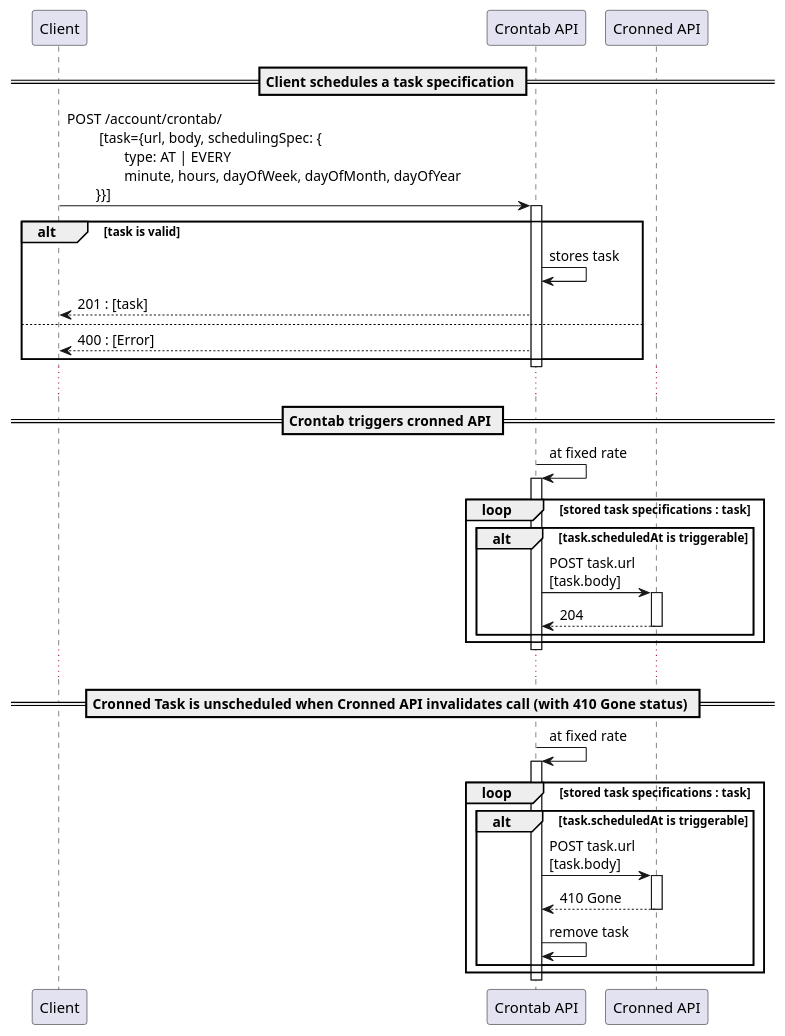
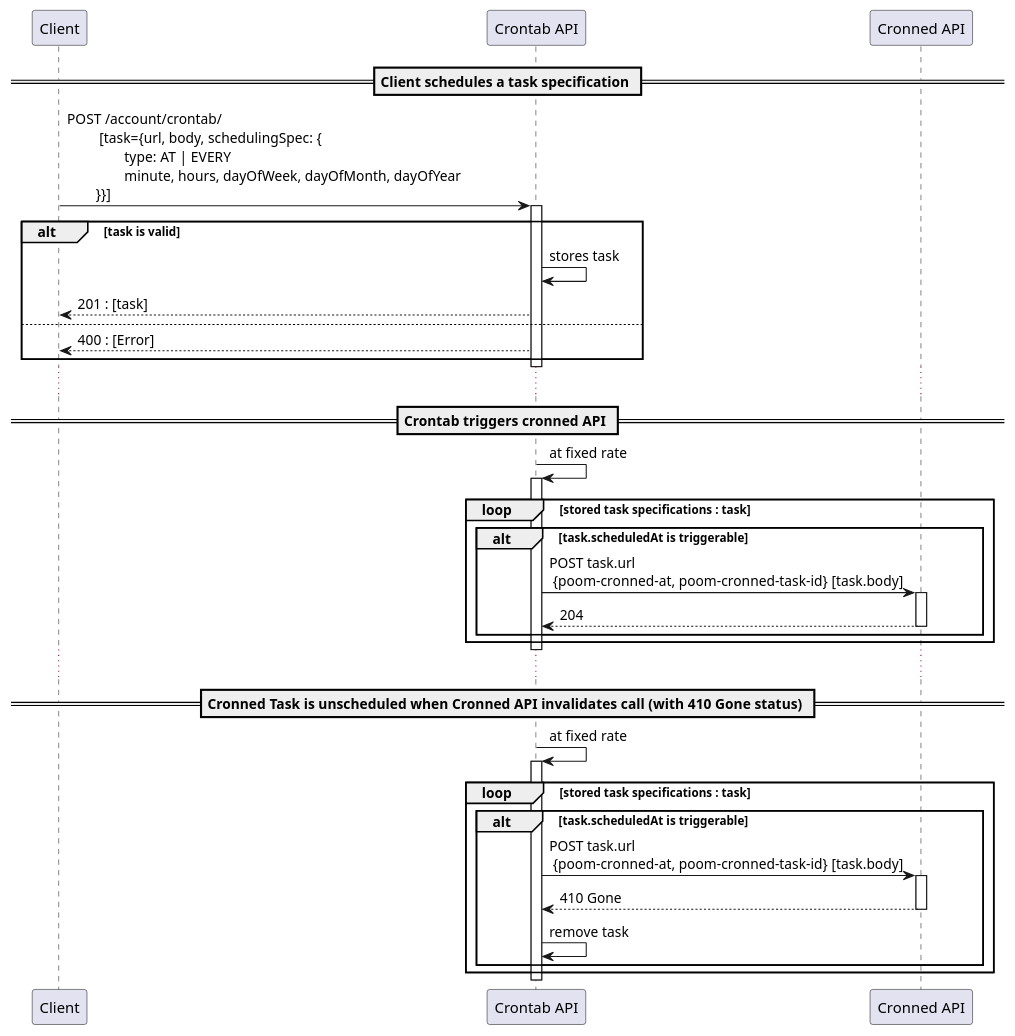
One commit to flexiooss/poom-crons changed the diagram in doc/api-overview.puml. Above: the diagram before and after it, drawn with PlantUML. The commit also changed 5 other files, not shown here.

First line of the commit message:
added cronned api spec, setted up generadted code packages for clients and server side for both crontab and cronned

```diff
--- a/doc/api-overview.puml
+++ b/doc/api-overview.puml
@@ -1,58 +1,58 @@
 @startuml
 
 participant "Client" as client
 participant "Crontab API" as crontab
 participant "Cronned API" as cronned
 
 == Client schedules a task specification ==
 
 client -> crontab: POST /account/crontab/ \n \
         [task={url, body, schedulingSpec: {\n\
                 type: AT | EVERY\n\
                 minute, hours, dayOfWeek, dayOfMonth, dayOfYear\
                 \n\
         }}]
 activate crontab
     alt task is valid
         crontab -> crontab: stores task
         client <-- crontab: 201 : [task]
     else
         client <-- crontab: 400 : [Error]
     end
 deactivate crontab
 
 ...
 
 == Crontab triggers cronned API ==
 
 crontab -> crontab: at fixed rate
 activate crontab
     loop stored task specifications : task
         alt task.scheduledAt is triggerable
-            crontab -> cronned: POST task.url \n[task.body]
+            crontab -> cronned: POST task.url \n {poom-cronned-at, poom-cronned-task-id} [task.body]
             activate cronned
             crontab <-- cronned: 204
             deactivate cronned
         end
     end
 deactivate crontab
 
 ...
 
 == Cronned Task is unscheduled when Cronned API invalidates call (with 410 Gone status) ==
 
 crontab -> crontab: at fixed rate
 activate crontab
     loop stored task specifications : task
         alt task.scheduledAt is triggerable
-            crontab -> cronned: POST task.url \n[task.body]
+            crontab -> cronned: POST task.url \n {poom-cronned-at, poom-cronned-task-id} [task.body]
             activate cronned
             crontab <-- cronned: 410 Gone
             deactivate cronned
             crontab -> crontab: remove task
 
         end
     end
 deactivate crontab
 
 @enduml
```
